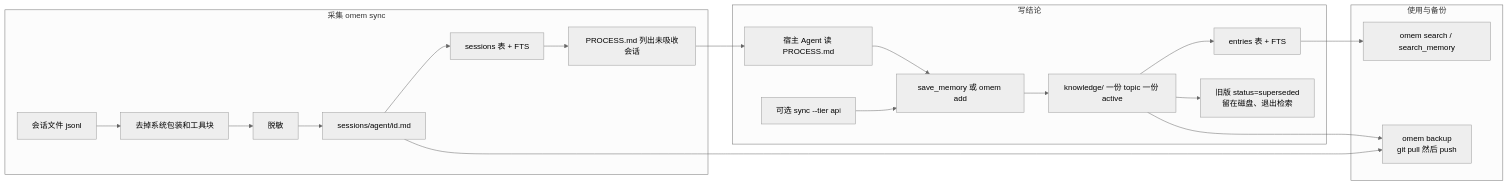
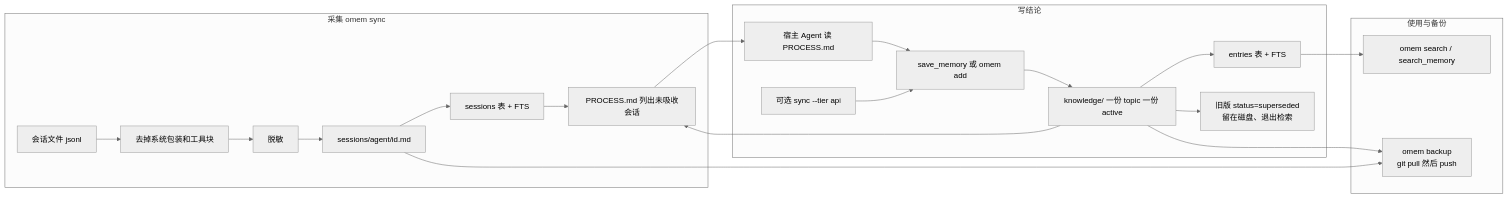
The second of 3 diagrams in ARCHITECTURE.md (jeeinn/omem), drawn with Mermaid (neutral theme) before and after one commit. The commit also changed other lines of this file and 6 other files, not shown here.

````diff
--- a/ARCHITECTURE.md
+++ b/ARCHITECTURE.md
@@ -108,25 +108,26 @@
 ```mermaid
 flowchart LR
   subgraph ingest [采集 omem sync]
     A[会话文件 jsonl] --> B[去掉系统包装和工具块]
     B --> C[脱敏]
     C --> D["sessions/agent/id.md"]
     D --> E[sessions 表 + FTS]
     E --> F[PROCESS.md 列出未吸收会话]
   end
 
   subgraph conclude [写结论]
     F --> G[宿主 Agent 读 PROCESS.md]
     G --> H["save_memory 或 omem add"]
     I["可选 sync --tier api"] --> H
     H --> J["knowledge/ 一份 topic 一份 active"]
     J --> K[entries 表 + FTS]
     J --> L["旧版 status=superseded<br/>留在磁盘、退出检索"]
+    J --> F
   end
 
   subgraph use [使用与备份]
     K --> M[omem search / search_memory]
     J --> N["omem backup<br/>git pull 然后 push"]
     D --> N
   end
 ```
````
